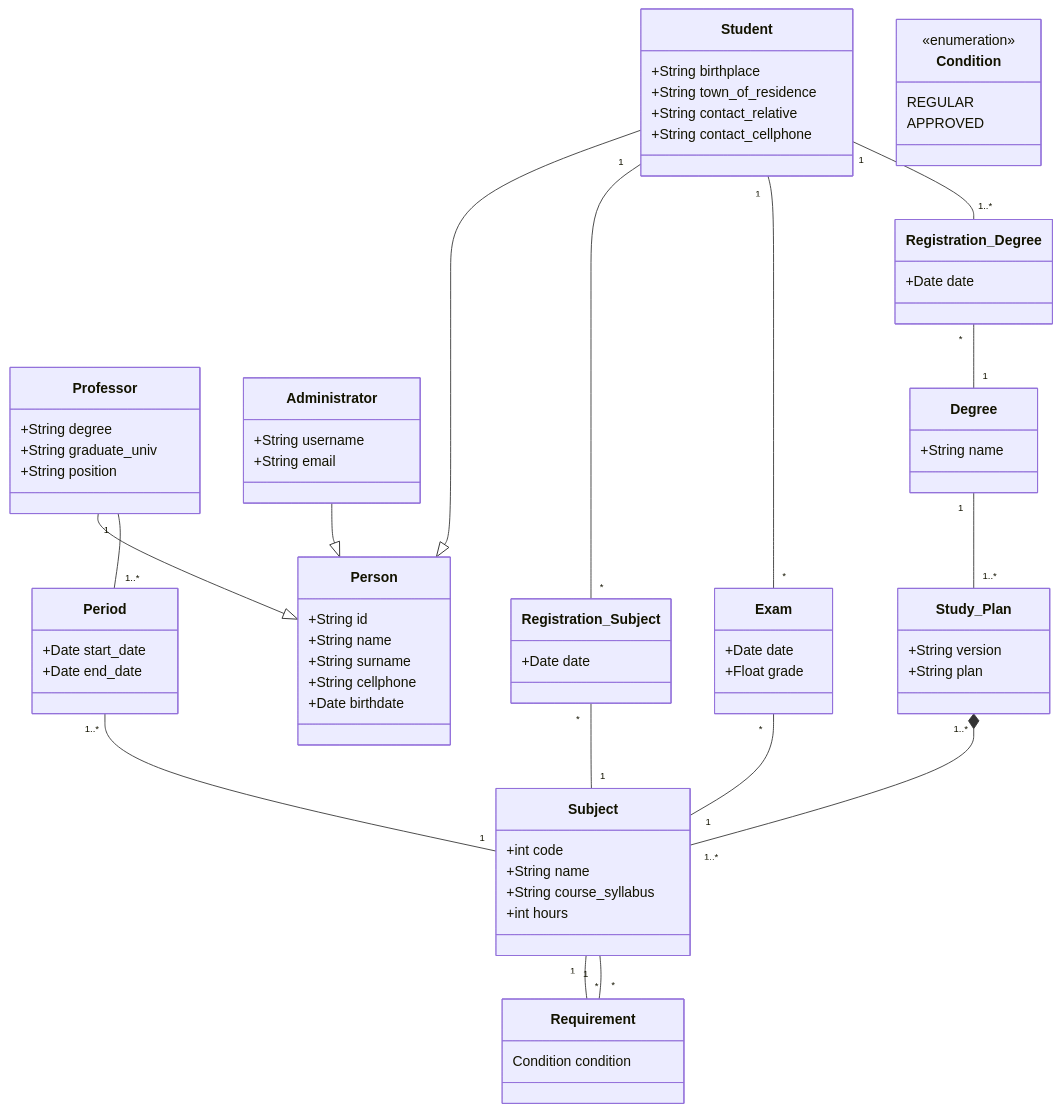
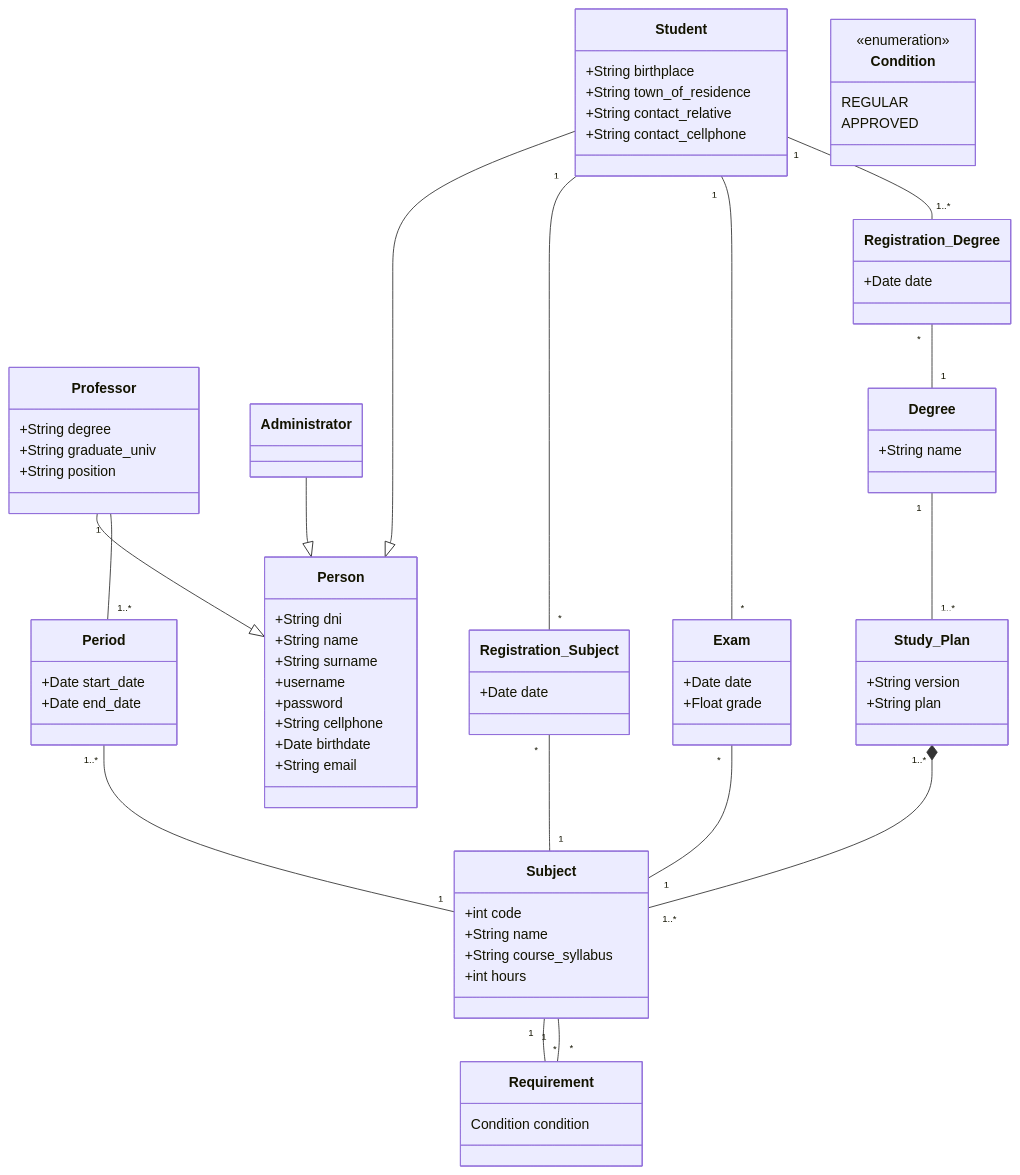
The diagram in Class_diagram.md (Ingenieria-Software-2/is2_2026_trabajo_integrador), drawn with Mermaid before and after one commit.

Commit message:
Correction of Class Diagram

````diff
--- a/Class_diagram.md
+++ b/Class_diagram.md
@@ -1,11 +1,14 @@
 ``` mermaid
 classDiagram
     class Person {
-        +String id
+        +String dni
         +String name
         +String surname
+        +username
+        +password
         +String cellphone
         +Date birthdate
+        +String email
     }
     class Professor {
         +String degree
@@ -19,8 +22,7 @@
         +String contact_cellphone
     }
     class Administrator {
-        +String username
-        +String email
+        
     }
     class Period {
         +Date start_date
````
